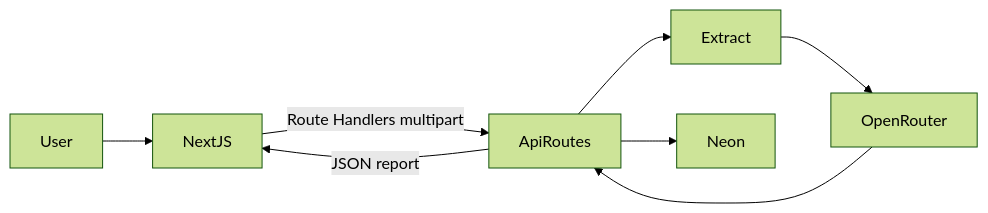
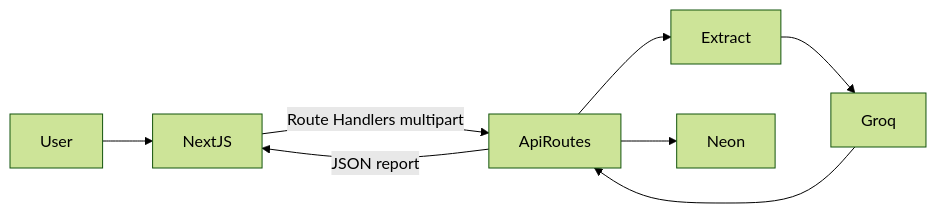
Before and after one commit to ahmed30771/cv_evaluation: the diagram in docs/02-trd.md, drawn with Mermaid (forest theme). The commit also changed other lines of this file and 12 other files, not shown here.

````diff
--- a/docs/02-trd.md
+++ b/docs/02-trd.md
@@ -11,10 +11,10 @@
 ```mermaid
 flowchart LR
   User --> NextJS
   NextJS -->|Route Handlers multipart| ApiRoutes
   ApiRoutes --> Extract
-  Extract --> OpenRouter
+  Extract --> Groq
   ApiRoutes --> Neon
-  OpenRouter --> ApiRoutes
+  Groq --> ApiRoutes
   ApiRoutes -->|JSON report| NextJS
 ```
````
